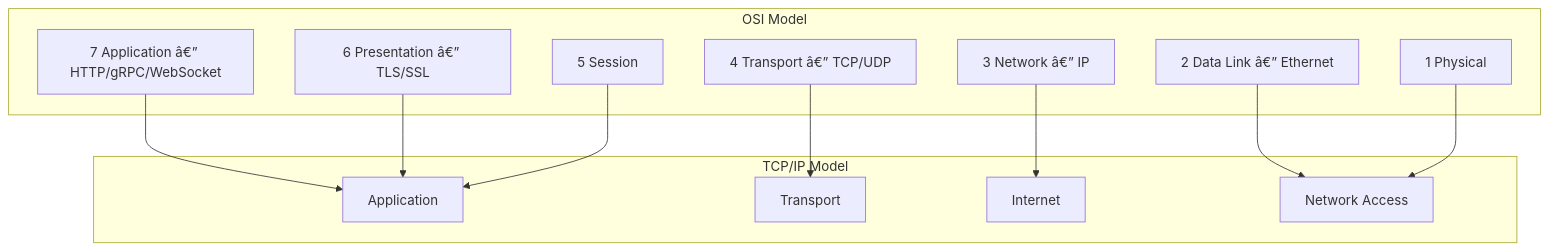
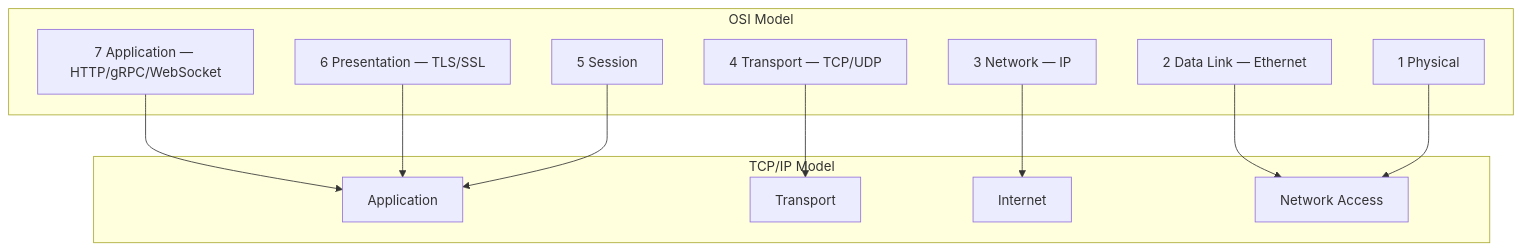
The first of 3 diagrams in docs/courses/ai-engineering-placement/00-core-computer-science/01-computer-networks.md (Raushan666java/ai-engineering-journey), drawn with Mermaid before and after one commit. The commit also changed other lines of this file and 20 other files, not shown here.

Commit message:
fix: repair mermaid syntax in 16 files (single backtick->triple), fix encoding in 5 core-CS files

````diff
--- a/docs/courses/ai-engineering-placement/00-core-computer-science/01-computer-networks.md
+++ b/docs/courses/ai-engineering-placement/00-core-computer-science/01-computer-networks.md
@@ -15,25 +15,25 @@
 ```mermaid
 graph TB
     subgraph "OSI Model"
-        L7["7 Application â€” HTTP/gRPC/WebSocket"]
-        L6["6 Presentation â€” TLS/SSL"]
+        L7["7 Application — HTTP/gRPC/WebSocket"]
+        L6["6 Presentation — TLS/SSL"]
         L5["5 Session"]
-        L4["4 Transport â€” TCP/UDP"]
-        L3["3 Network â€” IP"]
-        L2["2 Data Link â€” Ethernet"]
+        L4["4 Transport — TCP/UDP"]
+        L3["3 Network — IP"]
+        L2["2 Data Link — Ethernet"]
         L1["1 Physical"]
     end
     subgraph "TCP/IP Model"
         A["Application"]
         T["Transport"]
         I["Internet"]
         N["Network Access"]
     end
     L7 --> A
     L6 --> A
     L5 --> A
     L4 --> T
     L3 --> I
     L2 --> N
     L1 --> N
 ```
````
